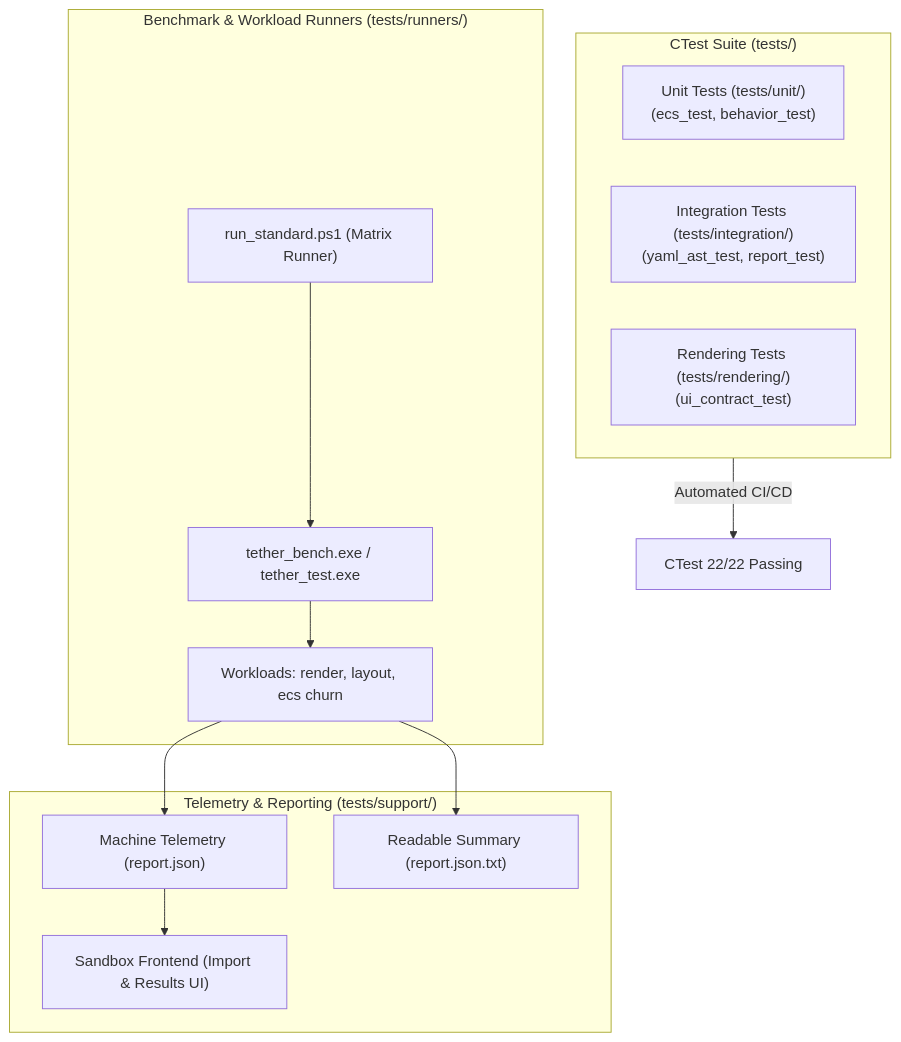
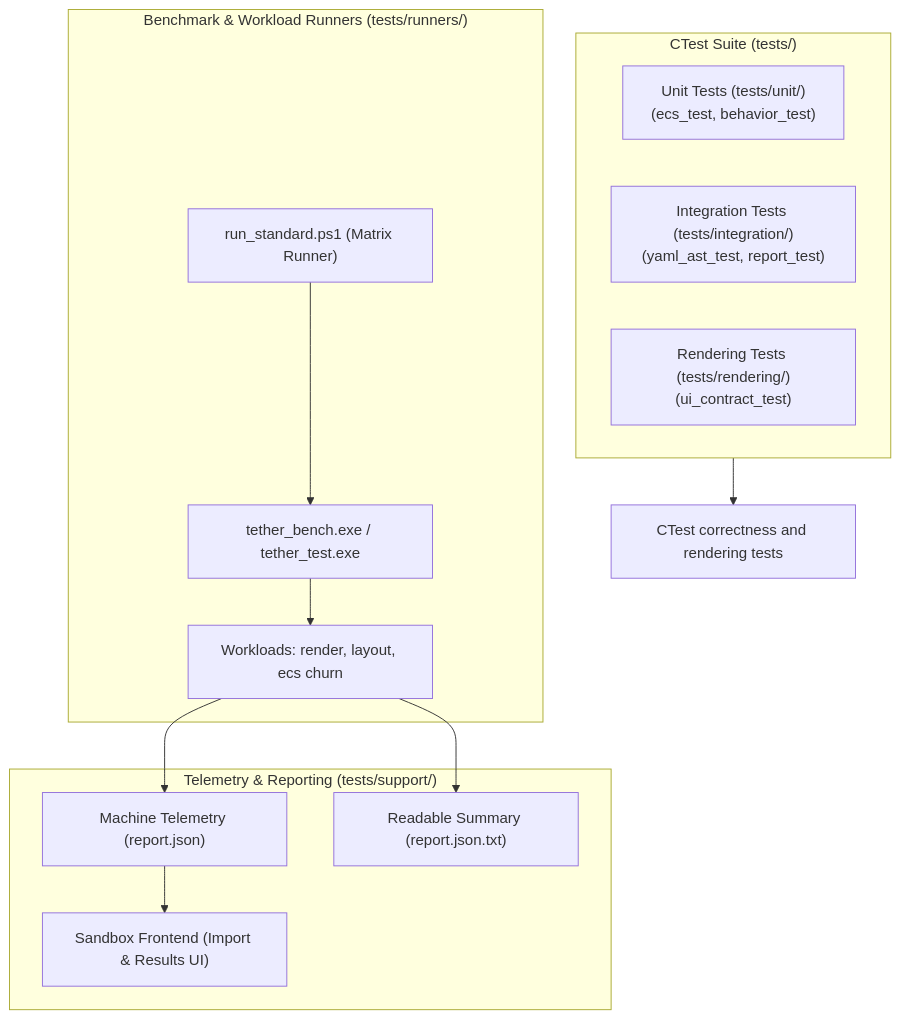
One commit to Yuvi-GD/Tether changed the diagram in docs/technical/13_testing_and_benchmarks.md. Above: the diagram before and after it, drawn with Mermaid. The commit also changed other lines of this file and 24 other files, not shown here.

Commit message:
docs: align technical docs with v0.0.3-preview and clarify presentation roadmap

````diff
--- a/docs/technical/13_testing_and_benchmarks.md
+++ b/docs/technical/13_testing_and_benchmarks.md
@@ -17,27 +17,27 @@
 ```mermaid
 flowchart TD
     subgraph TestSuite["CTest Suite (tests/)"]
         Unit["Unit Tests (tests/unit/)\n(ecs_test, behavior_test)"]
         Integ["Integration Tests (tests/integration/)\n(yaml_ast_test, report_test)"]
         Render["Rendering Tests (tests/rendering/)\n(ui_contract_test)"]
     end
 
     subgraph BenchSuite["Benchmark & Workload Runners (tests/runners/)"]
         BenchCLI["tether_bench.exe / tether_test.exe"]
         StdMatrix["run_standard.ps1 (Matrix Runner)"]
         Workloads["Workloads: render, layout, ecs churn"]
     end
 
     subgraph Reporting["Telemetry & Reporting (tests/support/)"]
         JSONOut["Machine Telemetry (report.json)"]
         SummaryText["Readable Summary (report.json.txt)"]
         Sandbox["Sandbox Frontend (Import & Results UI)"]
     end
 
-    TestSuite -->|Automated CI/CD| CTestPass["CTest 22/22 Passing"]
+    TestSuite --> CTestPass["CTest correctness and rendering tests"]
     BenchCLI --> Workloads
     StdMatrix --> BenchCLI
     Workloads --> JSONOut
     Workloads --> SummaryText
     JSONOut --> Sandbox
 ```
````
